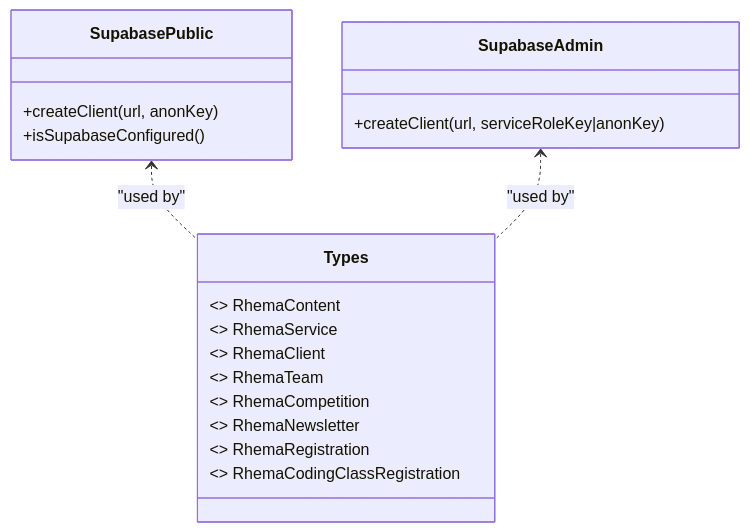
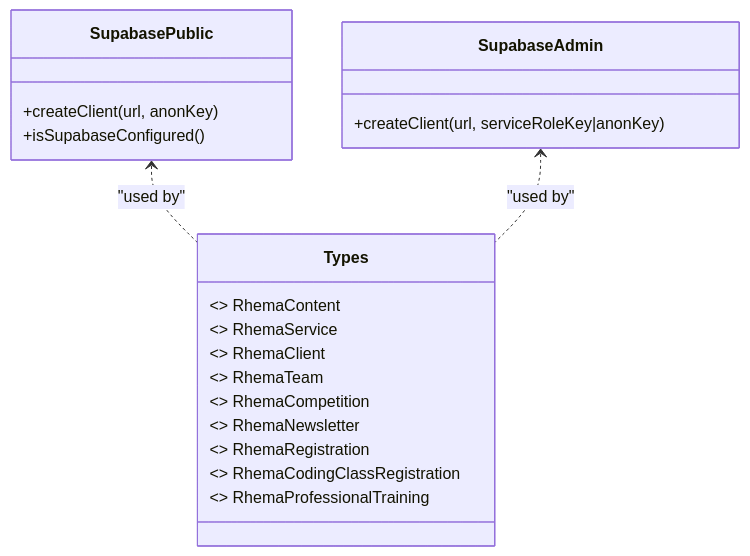
One commit to Black-box01/rhemaexpertsolutions changed the ninth of 10 diagrams in .qoder/repowiki/en/content/Server Actions and Data Management/Server Actions and Data Management.md. Above: the diagram before and after it, drawn with Mermaid. The commit also changed other lines of this file and 22 other files, not shown here.

First line of the commit message:
feat(professional-trainings): add professional training registration system

````diff
--- a/.qoder/repowiki/en/content/Server Actions and Data Management/Server Actions and Data Management.md
+++ b/.qoder/repowiki/en/content/Server Actions and Data Management/Server Actions and Data Management.md
@@ -294,22 +370,23 @@
 ```mermaid
 classDiagram
 class SupabasePublic {
 +createClient(url, anonKey)
 +isSupabaseConfigured()
 }
 class SupabaseAdmin {
 +createClient(url, serviceRoleKey|anonKey)
 }
 class Types {
 <<interface>> RhemaContent
 <<interface>> RhemaService
 <<interface>> RhemaClient
 <<interface>> RhemaTeam
 <<interface>> RhemaCompetition
 <<interface>> RhemaNewsletter
 <<interface>> RhemaRegistration
 <<interface>> RhemaCodingClassRegistration
+<<interface>> RhemaProfessionalTraining
 }
 SupabasePublic <.. Types : "used by"
 SupabaseAdmin <.. Types : "used by"
 ```
````
